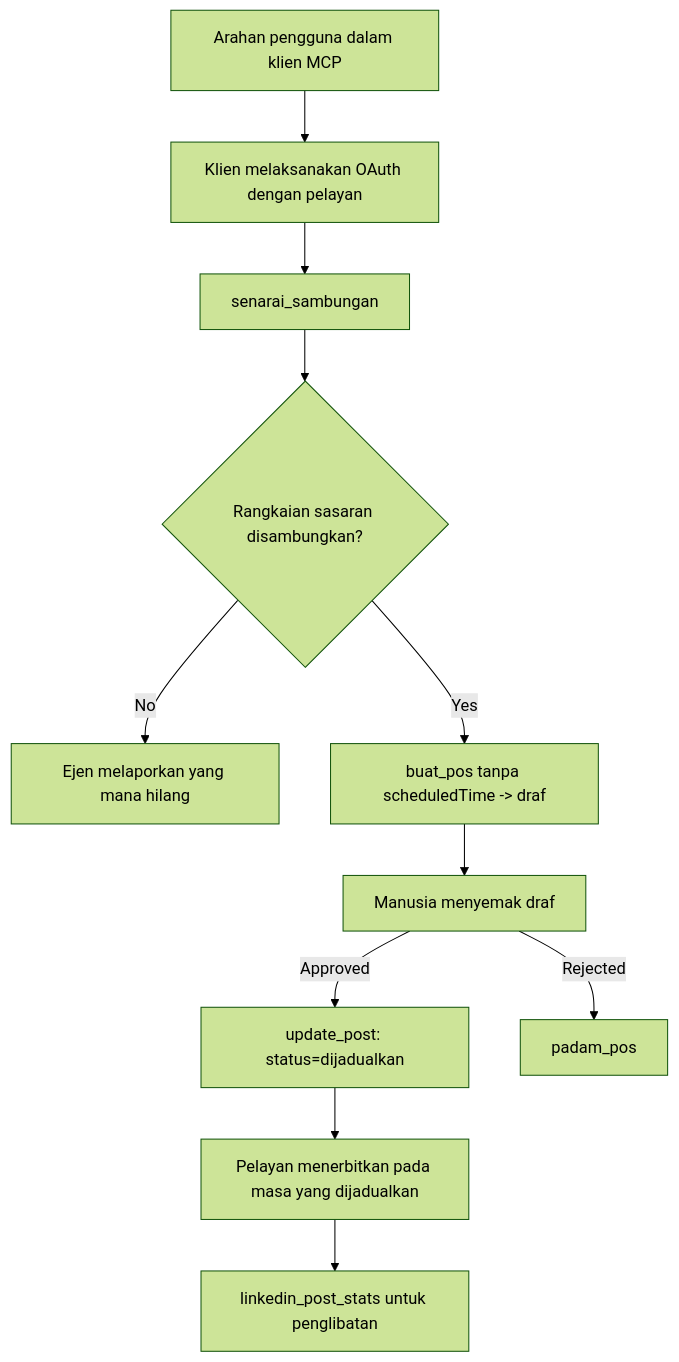
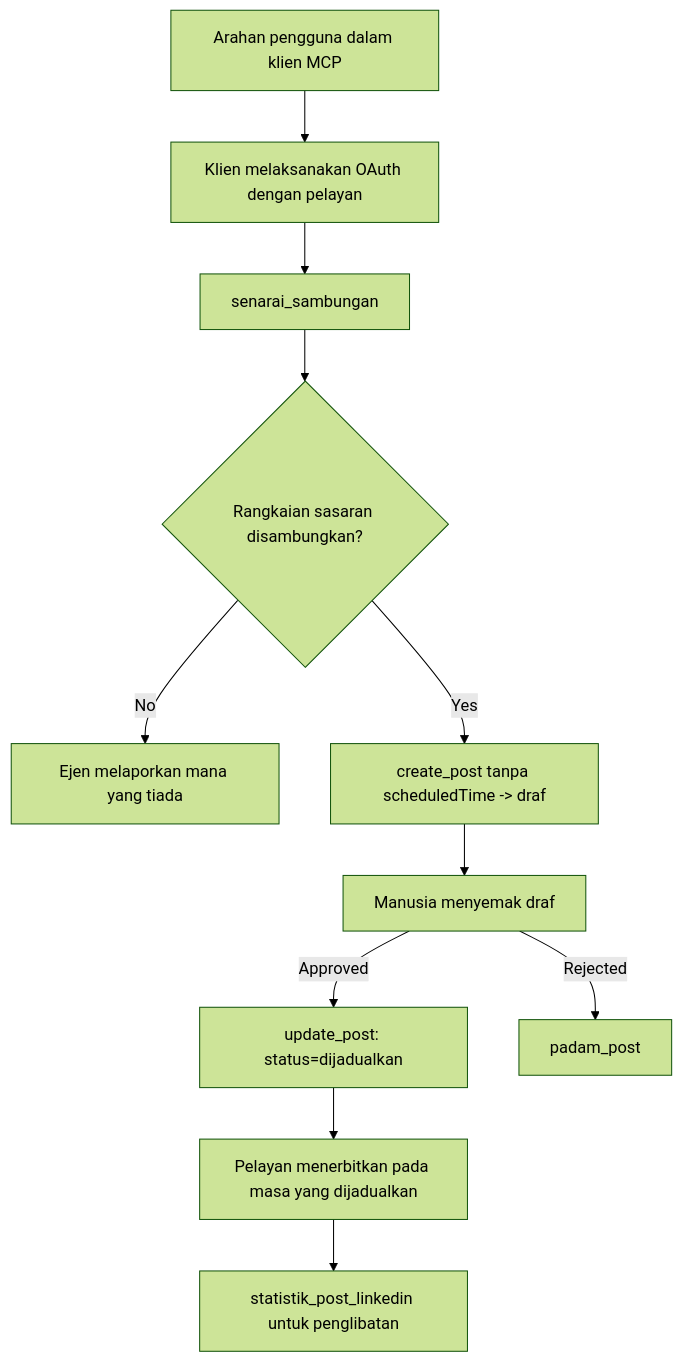
The diagram in translations/ms/09-CaseStudy/publora-social-publishing.md (microsoft/mcp-for-beginners), drawn with Mermaid (forest theme) before and after one commit. The commit also changed other lines of this file and 152 other files, not shown here.

````diff
--- a/translations/ms/09-CaseStudy/publora-social-publishing.md
+++ b/translations/ms/09-CaseStudy/publora-social-publishing.md
@@ -47,13 +47,13 @@
 ```mermaid
 flowchart TD
     A[Arahan pengguna dalam klien MCP] --> B[Klien melaksanakan OAuth dengan pelayan]
     B --> C[senarai_sambungan]
     C --> D{Rangkaian sasaran disambungkan?}
-    D -- No --> E[Ejen melaporkan yang mana hilang]
-    D -- Yes --> F[buat_pos tanpa scheduledTime -> draf]
+    D -- No --> E[Ejen melaporkan mana yang tiada]
+    D -- Yes --> F[create_post tanpa scheduledTime -> draf]
     F --> G[Manusia menyemak draf]
     G -- Approved --> H[update_post: status=dijadualkan]
-    G -- Rejected --> I[padam_pos]
+    G -- Rejected --> I[padam_post]
     H --> J[Pelayan menerbitkan pada masa yang dijadualkan]
-    J --> K[linkedin_post_stats untuk penglibatan]
+    J --> K[statistik_post_linkedin untuk penglibatan]
 ```
````
